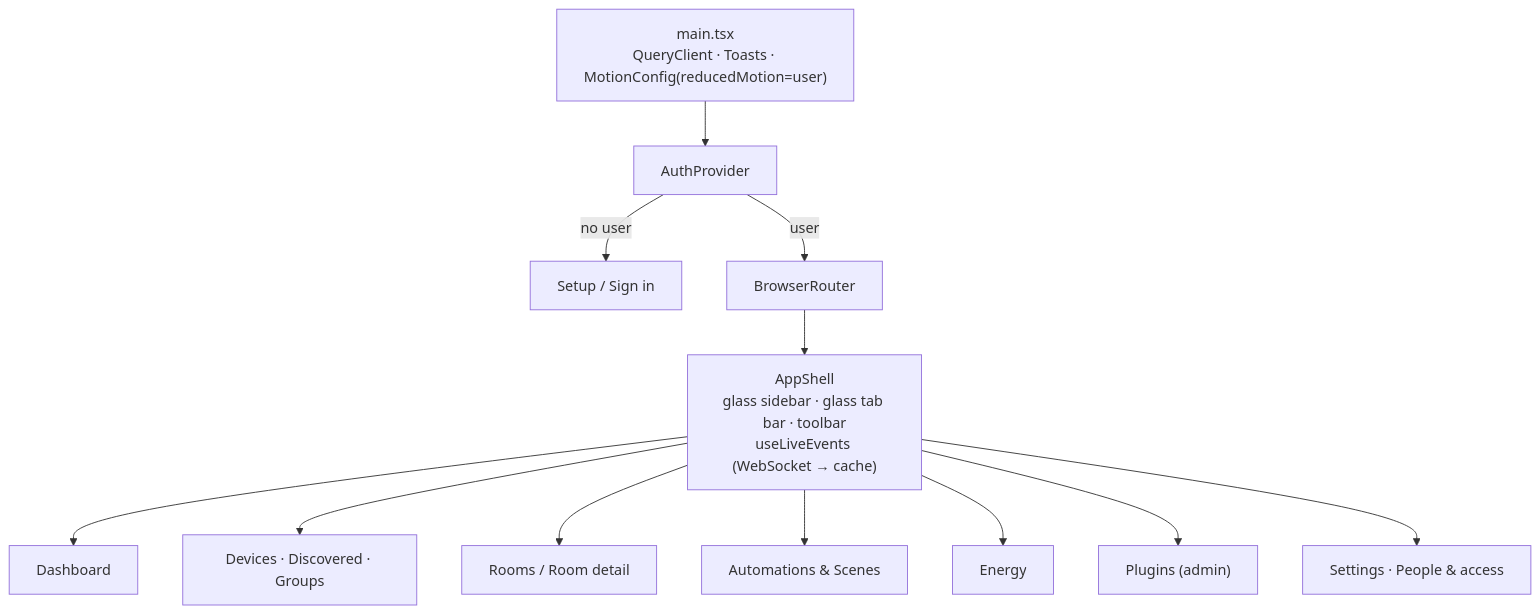
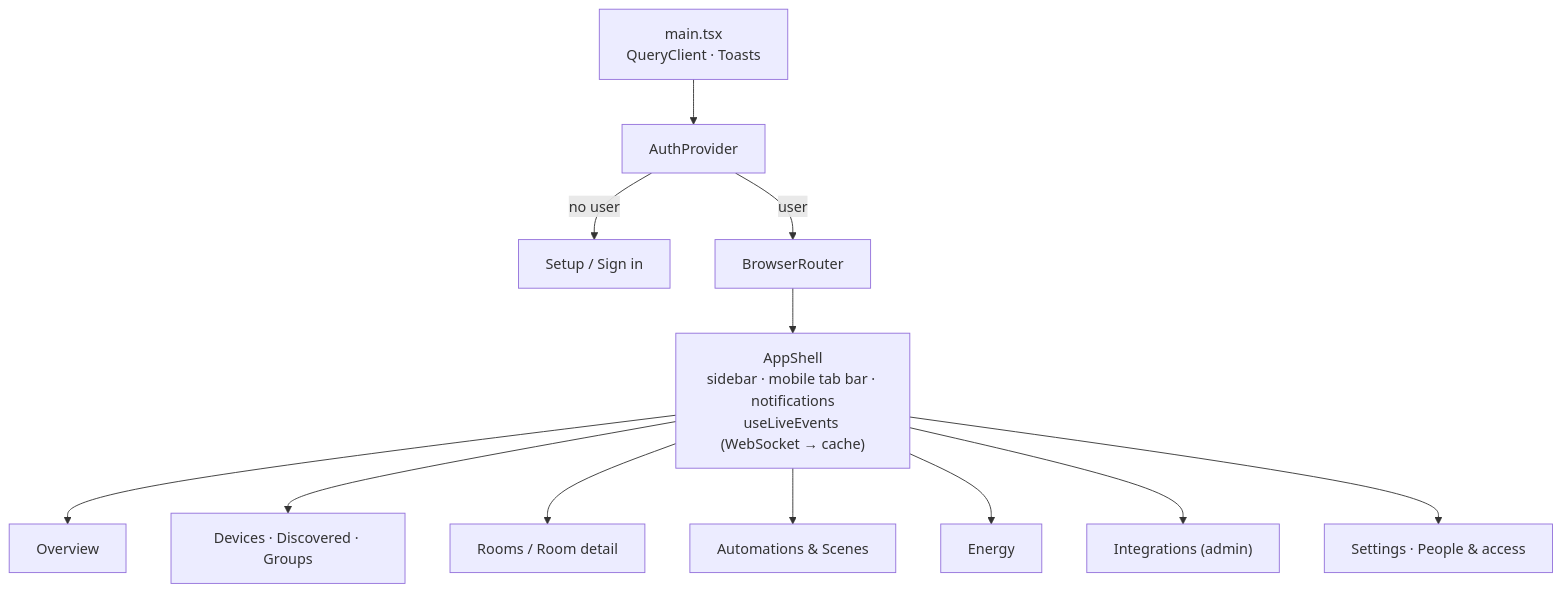
One commit to aiyu-ayaan/Domus changed the seventh of 8 diagrams in development/docs/ARCHITECTURE.md. Above: the diagram before and after it, drawn with Mermaid. The commit also changed other lines of this file and 3 other files, not shown here.

````diff
--- a/development/docs/ARCHITECTURE.md
+++ b/development/docs/ARCHITECTURE.md
@@ -216,14 +214,14 @@
 ```mermaid
 flowchart TB
-    Main["main.tsx<br/>QueryClient · Toasts · MotionConfig(reducedMotion=user)"] --> AuthP["AuthProvider"]
+    Main["main.tsx<br/>QueryClient · Toasts"] --> AuthP["AuthProvider"]
     AuthP -->|no user| AuthScreen["Setup / Sign in"]
     AuthP -->|user| Router["BrowserRouter"]
-    Router --> Shell["AppShell<br/>glass sidebar · glass tab bar · toolbar<br/>useLiveEvents (WebSocket → cache)"]
-    Shell --> Home["Dashboard"]
+    Router --> Shell["AppShell<br/>sidebar · mobile tab bar · notifications<br/>useLiveEvents (WebSocket → cache)"]
+    Shell --> Home["Overview"]
     Shell --> Devices["Devices · Discovered · Groups"]
     Shell --> Rooms["Rooms / Room detail"]
     Shell --> Auto["Automations & Scenes"]
     Shell --> Energy["Energy"]
-    Shell --> Plugins["Plugins (admin)"]
+    Shell --> Plugins["Integrations (admin)"]
     Shell --> Settings["Settings · People & access"]
 ```
````
